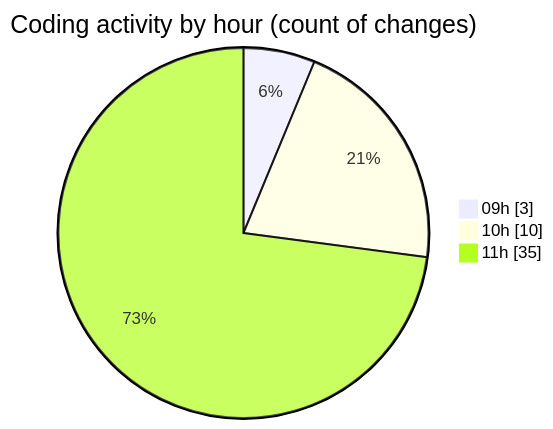
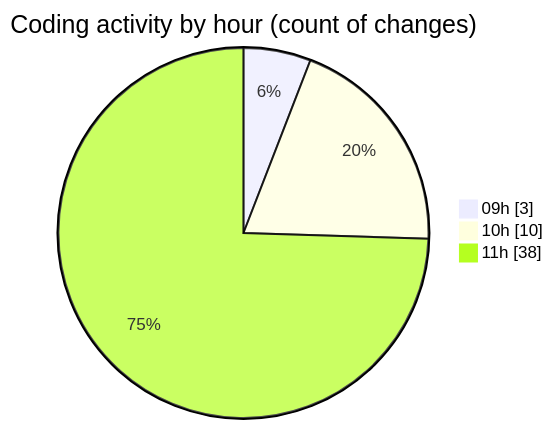
The second of 2 diagrams in 2026-01-22/cda/README.md (momahboobian/code-tracking), drawn with Mermaid before and after one commit. The commit also changed other lines of this file and 1 other file, not shown here.

````diff
--- a/2026-01-22/cda/README.md
+++ b/2026-01-22/cda/README.md
@@ -43,7 +45,7 @@
 ```mermaid
 pie showData
 title Coding activity by hour (count of changes)
 "09h" : 3
 "10h" : 10
-"11h" : 35
+"11h" : 38
 ```
````
